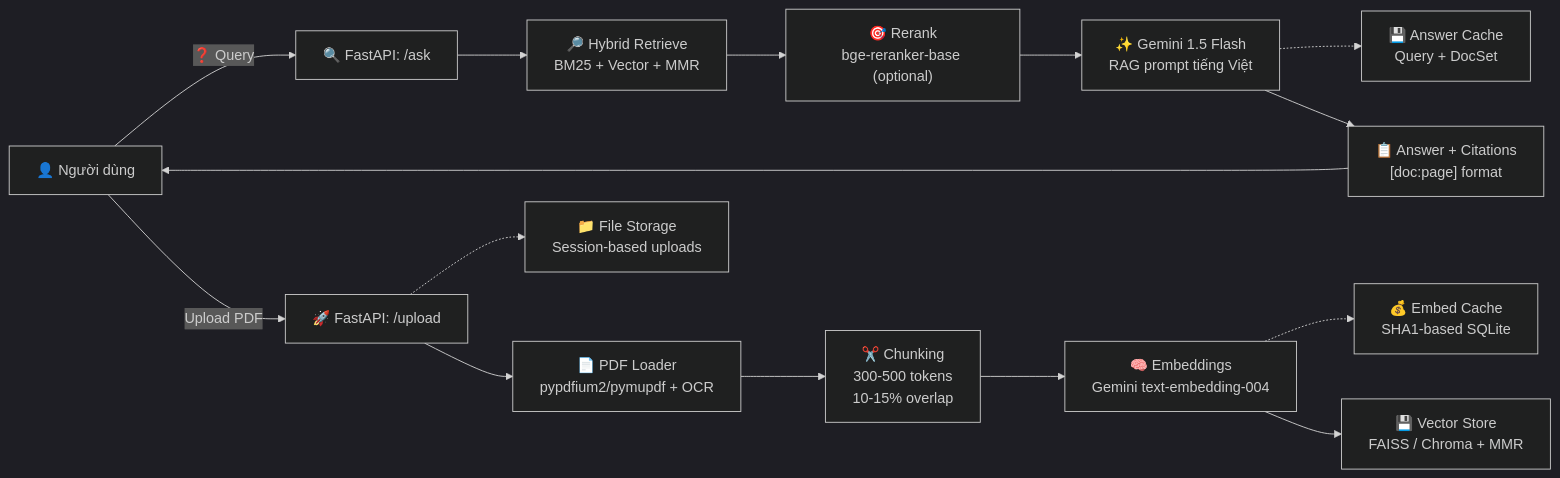
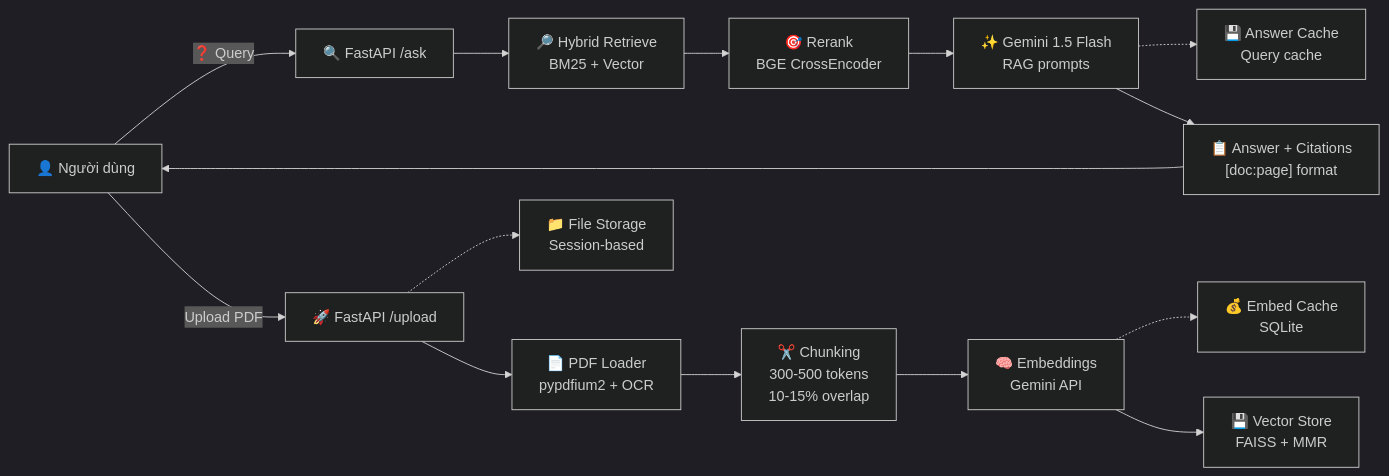
One commit to dungle03/rag-pdf changed the first of 3 diagrams in README.md. Above: the diagram before and after it, drawn with Mermaid (dark theme). The commit also changed other lines of this file, not shown here.

````diff
--- a/README.md
+++ b/README.md
@@ -25,19 +25,19 @@
 ```mermaid
 flowchart LR
-    U[👤 Người dùng] -- "Upload PDF" --> S[🚀 FastAPI: /upload]
-    S --> L["📄 PDF Loader<br/>pypdfium2/pymupdf + OCR"]
+    U["👤 Người dùng"] -- "Upload PDF" --> S["🚀 FastAPI /upload"]
+    S --> L["📄 PDF Loader<br/>pypdfium2 + OCR"]
     L --> C["✂️ Chunking<br/>300-500 tokens<br/>10-15% overlap"]
-    C --> E["🧠 Embeddings<br/>Gemini text-embedding-004"]
-    E --> V["💾 Vector Store<br/>FAISS / Chroma + MMR"]
+    C --> E["🧠 Embeddings<br/>Gemini API"]
+    E --> V["💾 Vector Store<br/>FAISS + MMR"]
     
-    U -- "❓ Query" --> Q[🔍 FastAPI: /ask]
-    Q --> R1["🔎 Hybrid Retrieve<br/>BM25 + Vector + MMR"]
-    R1 --> R2["🎯 Rerank<br/>bge-reranker-base (optional)"]
-    R2 --> G["✨ Gemini 1.5 Flash<br/>RAG prompt tiếng Việt"]
+    U -- "❓ Query" --> Q["🔍 FastAPI /ask"]
+    Q --> R1["🔎 Hybrid Retrieve<br/>BM25 + Vector"]
+    R1 --> R2["🎯 Rerank<br/>BGE CrossEncoder"]
+    R2 --> G["✨ Gemini 1.5 Flash<br/>RAG prompts"]
     G --> A["📋 Answer + Citations<br/>[doc:page] format"]
     A --> U
     
-    E -.-> EC[💰 Embed Cache<br/>SHA1-based SQLite]
-    G -.-> AC[💾 Answer Cache<br/>Query + DocSet]
-    S -.-> FS[📁 File Storage<br/>Session-based uploads]
+    E -.-> EC["💰 Embed Cache<br/>SQLite"]
+    G -.-> AC["💾 Answer Cache<br/>Query cache"]
+    S -.-> FS["📁 File Storage<br/>Session-based"]
 ```
````
